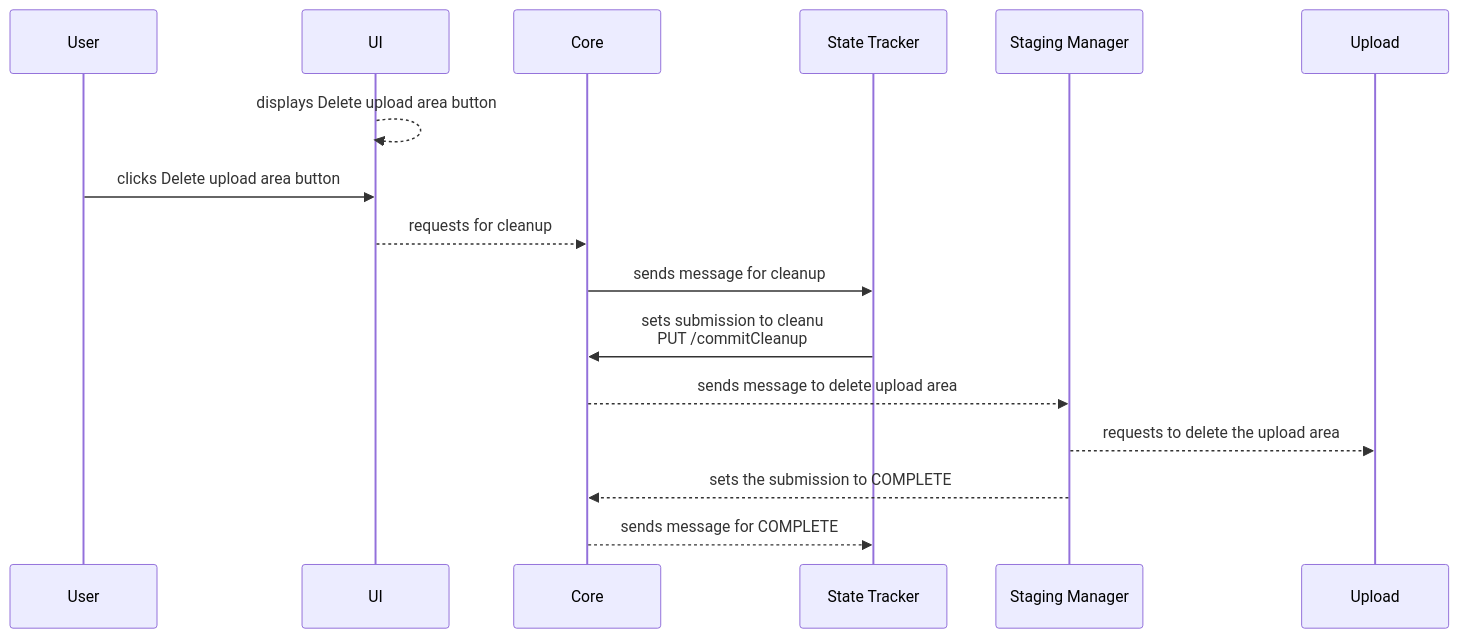
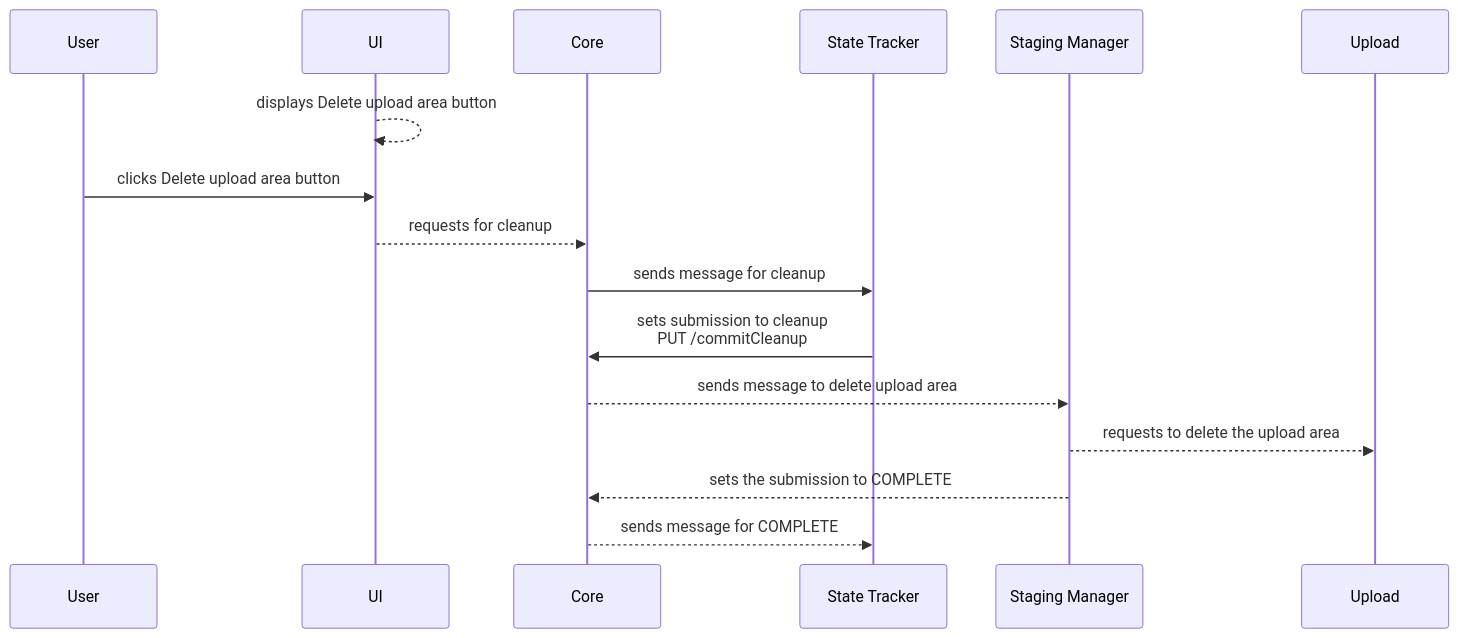
One commit to ebi-ait/ingest-state-tracking changed the sixth of 6 diagrams in README.md. Above: the diagram before and after it, drawn with Mermaid. The commit also changed other lines of this file, not shown here.

````diff
--- a/README.md
+++ b/README.md
@@ -222,18 +223,18 @@
 ```mermaid
 sequenceDiagram
   participant User
   participant UI
   participant Core
   participant State as State Tracker
   participant Staging Manager
   
   UI-->>UI: displays Delete upload area button
   User->>UI: clicks Delete upload area button
   UI-->>Core: requests for cleanup
   Core->>State: sends message for cleanup
-  State->>Core: sets submission to cleanu <br/> PUT /commitCleanup
+  State->>Core: sets submission to cleanup <br/> PUT /commitCleanup
   Core-->>Staging Manager: sends message to delete upload area
   Staging Manager-->> Upload: requests to delete the upload area 
   Staging Manager-->> Core: sets the submission to COMPLETE
   Core-->>State: sends message for COMPLETE
 ```
````
